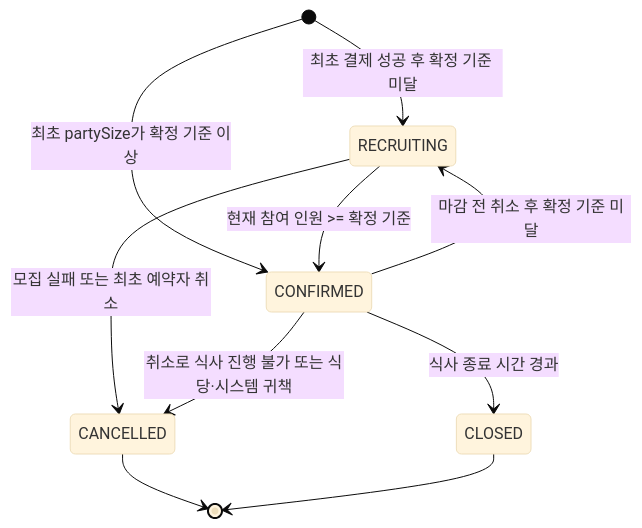
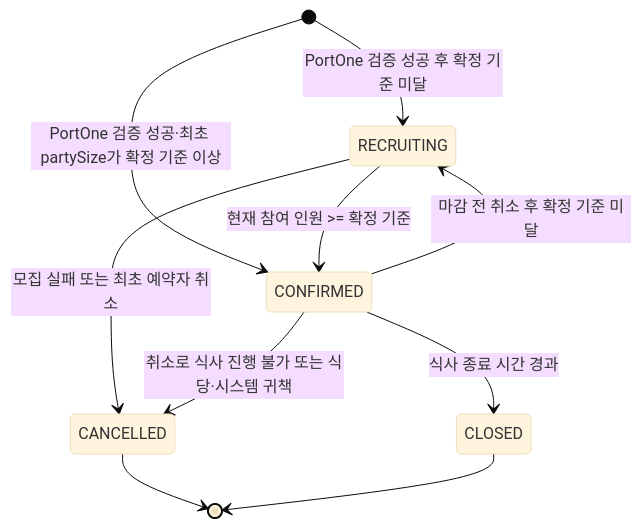
One commit to bobfull-project/bobfull-backend changed the fifth of 8 diagrams in docs/bobfull_full_flowchart_mermaid.md. Above: the diagram before and after it, drawn with Mermaid (base theme). The commit also changed other lines of this file, not shown here.

Commit message:
docs: PortOne 결제 흐름과 상태도 반영

````diff
--- a/docs/bobfull_full_flowchart_mermaid.md
+++ b/docs/bobfull_full_flowchart_mermaid.md
@@ -170,12 +172,12 @@
 ```mermaid
 stateDiagram-v2
-    [*] --> RECRUITING: 최초 결제 성공 후 확정 기준 미달
-    [*] --> CONFIRMED: 최초 partySize가 확정 기준 이상
+    [*] --> RECRUITING: PortOne 검증 성공 후 확정 기준 미달
+    [*] --> CONFIRMED: PortOne 검증 성공·최초 partySize가 확정 기준 이상
     RECRUITING --> CONFIRMED: 현재 참여 인원 >= 확정 기준
     CONFIRMED --> RECRUITING: 마감 전 취소 후 확정 기준 미달
     RECRUITING --> CANCELLED: 모집 실패 또는 최초 예약자 취소
     CONFIRMED --> CANCELLED: 취소로 식사 진행 불가 또는 식당·시스템 귀책
     CONFIRMED --> CLOSED: 식사 종료 시간 경과
     CANCELLED --> [*]
     CLOSED --> [*]
 ```
````
